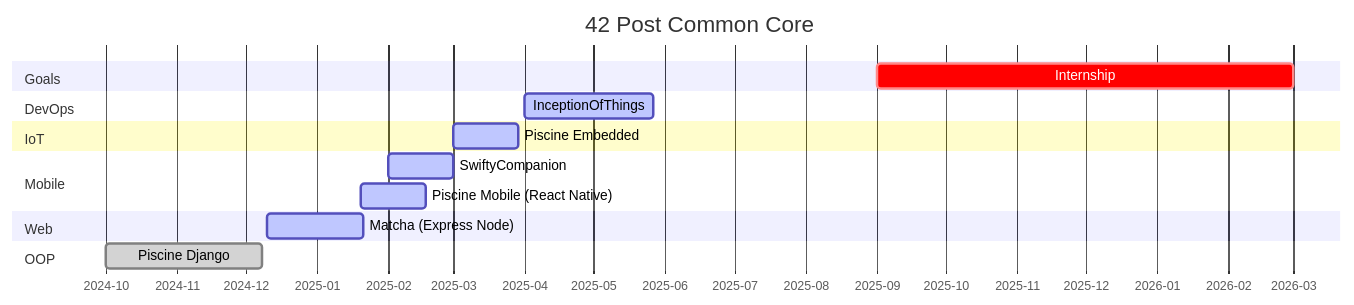
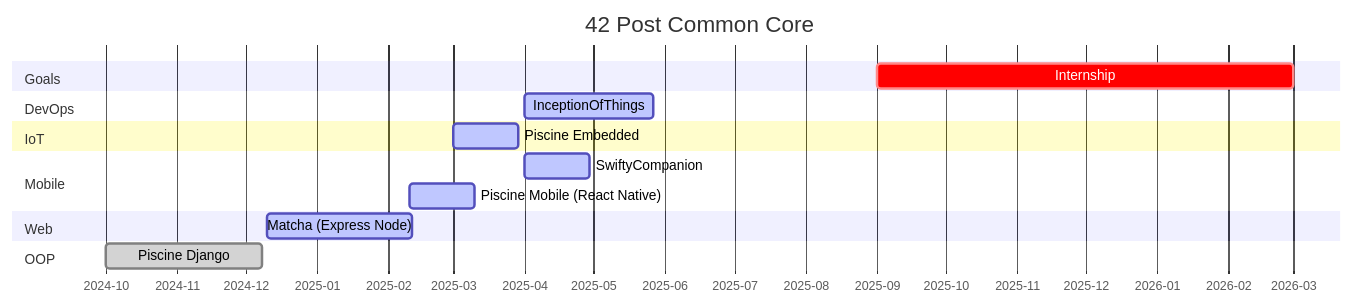
Before and after one commit to Tablerase/42_Projects: the first of 3 diagrams in README.md, drawn with Mermaid. The commit also changed other lines of this file, not shown here.

Commit message:
feat: update project timelines and add 42Paris resources

````diff
--- a/README.md
+++ b/README.md
@@ -106,26 +106,26 @@
 ```mermaid
 gantt
     title 42 Post Common Core
     dateFormat  YYYY-MM-DD
     axisFormat %Y-%m
     todayMarker on
 
     section Goals
     Internship : crit, 2025-09-01, 2026-03-01
 
     section DevOps
     InceptionOfThings : active, 2025-04-01, 8w
 
     Section IoT
     Piscine Embedded : active, 2025-03-01, 4w
 
     section Mobile
-    SwiftyCompanion : active, 2025-02-01, 4w
-    Piscine Mobile (React Native) : active, 2025-01-20, 4w
+    SwiftyCompanion : active, 2025-04-01, 4w
+    Piscine Mobile (React Native) : active, 2025-02-10, 4w
 
     section Web
-    Matcha (Express Node) : active, 2024-12-10, 6w
+    Matcha (Express Node) : active, 2024-12-10, 9w
 
     section OOP
     Piscine Django : done, 2024-10-01, 2024-12-08
 ```
````
